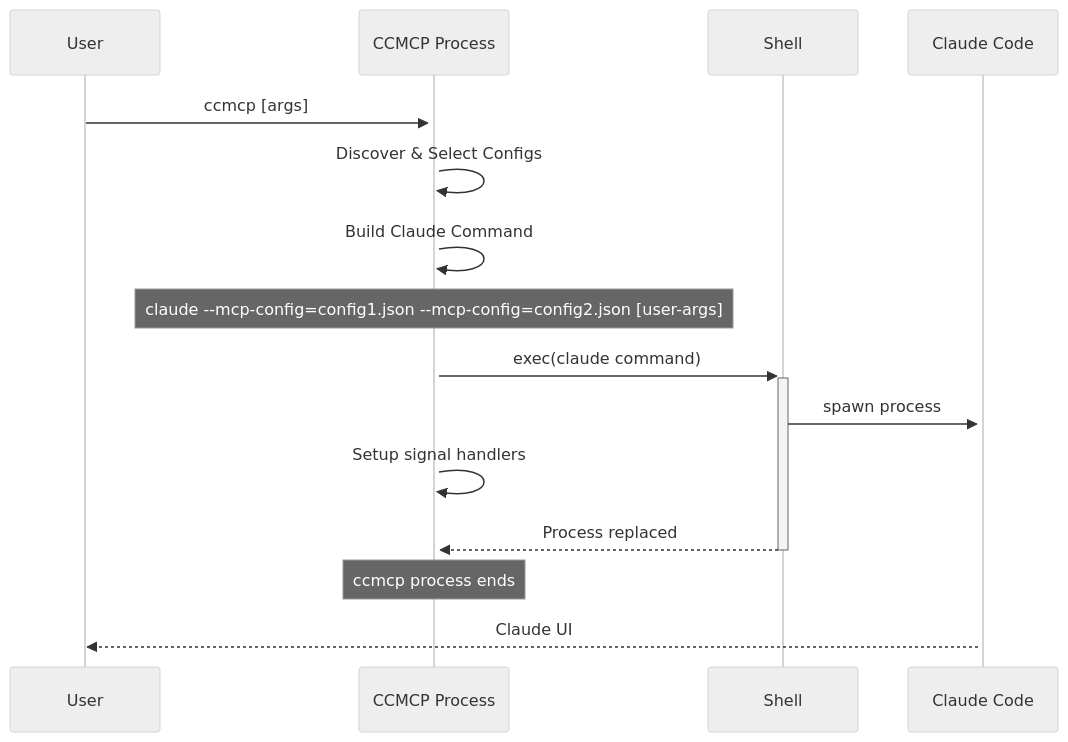
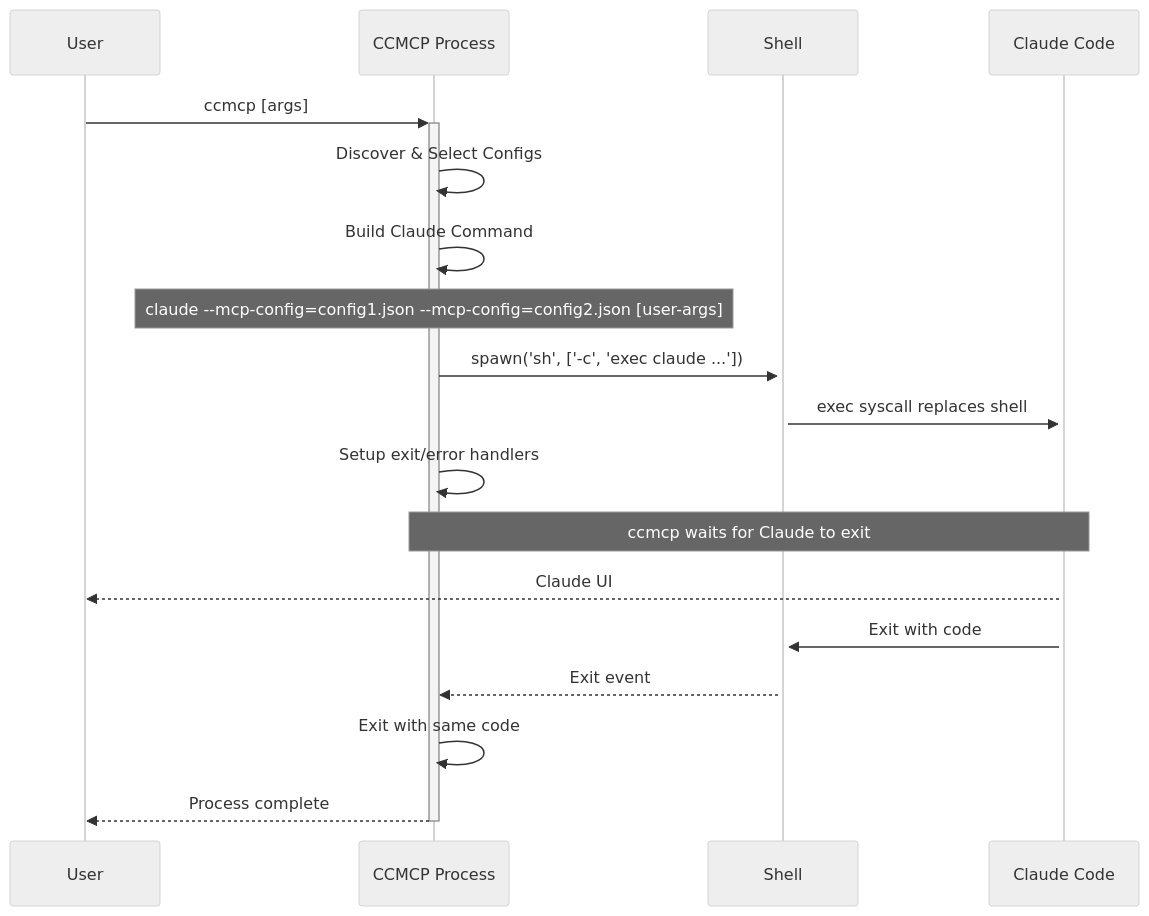
The sixth of 14 diagrams in specs/diagrams.md (gsong/ccmcp), drawn with Mermaid (neutral theme) before and after one commit. The commit also changed other lines of this file and 8 other files, not shown here.

````diff
--- a/specs/diagrams.md
+++ b/specs/diagrams.md
@@ -212,20 +251,25 @@
 ```mermaid
 sequenceDiagram
     participant User
     participant ccmcp as CCMCP Process
     participant Shell
     participant Claude as Claude Code
 
     User->>+ccmcp: ccmcp [args]
     ccmcp->>ccmcp: Discover & Select Configs
     ccmcp->>ccmcp: Build Claude Command
 
     Note over ccmcp: claude --mcp-config=config1.json --mcp-config=config2.json [user-args]
 
-    ccmcp->>+Shell: exec(claude command)
-    Shell->>+Claude: spawn process
-    ccmcp->>ccmcp: Setup signal handlers
-    Shell-->>-ccmcp: Process replaced
-    Note over ccmcp: ccmcp process ends
+    ccmcp->>+Shell: spawn('sh', ['-c', 'exec claude ...'])
+    Shell->>+Claude: exec syscall replaces shell
+    ccmcp->>ccmcp: Setup exit/error handlers
+
+    Note over ccmcp,Claude: ccmcp waits for Claude to exit
+
     Claude-->>User: Claude UI
+    Claude->>Shell: Exit with code
+    Shell-->>ccmcp: Exit event
+    ccmcp->>ccmcp: Exit with same code
+    ccmcp-->>-User: Process complete
 ```
````
